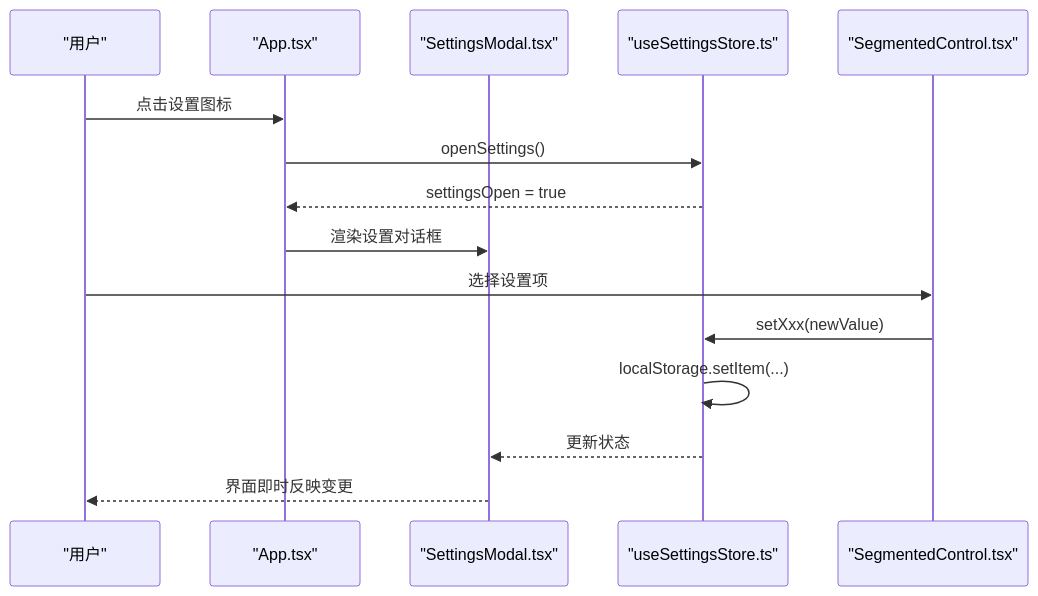
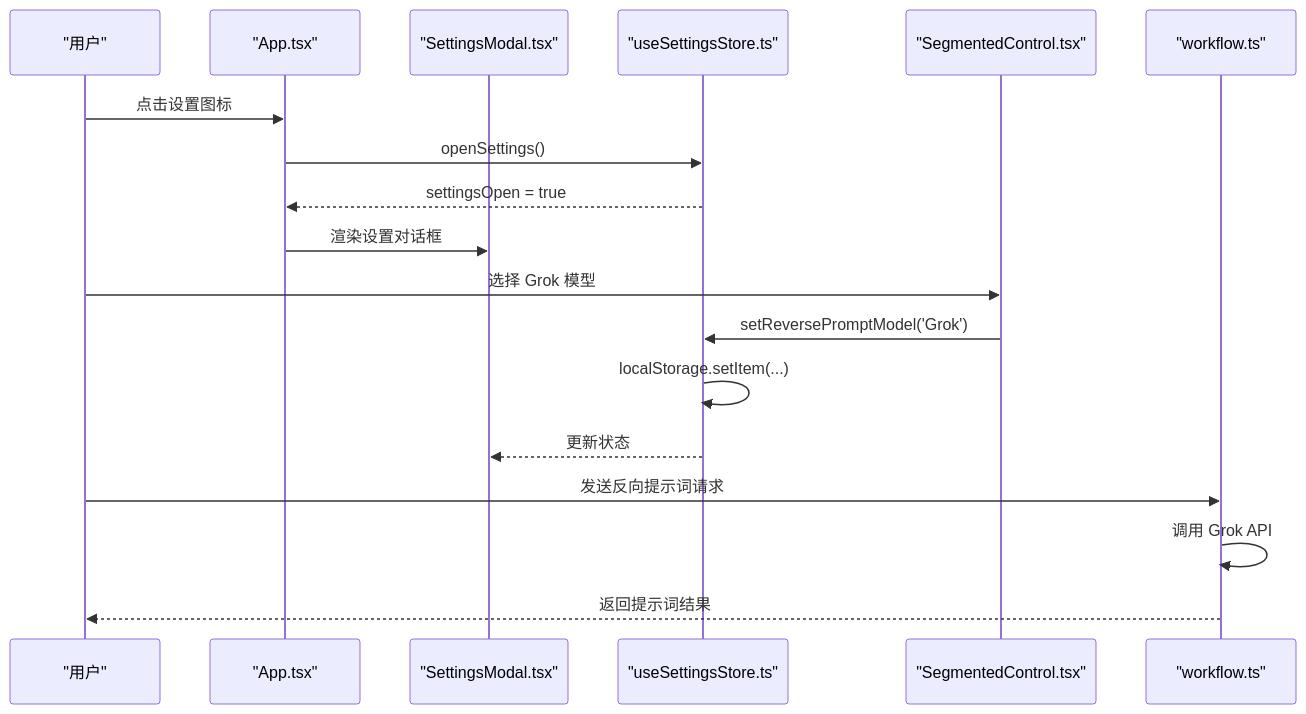
One commit to billye220670/CorineKit_Pix2Real changed the second of 8 diagrams in .qoder/repowiki/zh/content/前端应用/UI 组件库/设置对话框组件.md. Above: the diagram before and after it, drawn with Mermaid. The commit also changed other lines of this file and 54 other files, not shown here.

First line of the commit message:
feat: 模型下拉菜单元数据管理（缩略图+重命名）及session mask恢复优化

````diff
--- a/.qoder/repowiki/zh/content/前端应用/UI 组件库/设置对话框组件.md
+++ b/.qoder/repowiki/zh/content/前端应用/UI 组件库/设置对话框组件.md
@@ -109,17 +128,20 @@
 ```mermaid
 sequenceDiagram
 participant User as "用户"
 participant App as "App.tsx"
 participant SM as "SettingsModal.tsx"
 participant Store as "useSettingsStore.ts"
 participant SC as "SegmentedControl.tsx"
+participant Server as "workflow.ts"
 User->>App : 点击设置图标
 App->>Store : openSettings()
 Store-->>App : settingsOpen = true
 App->>SM : 渲染设置对话框
-User->>SC : 选择设置项
-SC->>Store : setXxx(newValue)
+User->>SC : 选择 Grok 模型
+SC->>Store : setReversePromptModel('Grok')
 Store->>Store : localStorage.setItem(...)
 Store-->>SM : 更新状态
-SM-->>User : 界面即时反映变更
+User->>Server : 发送反向提示词请求
+Server->>Server : 调用 Grok API
+Server-->>User : 返回提示词结果
 ```
````
